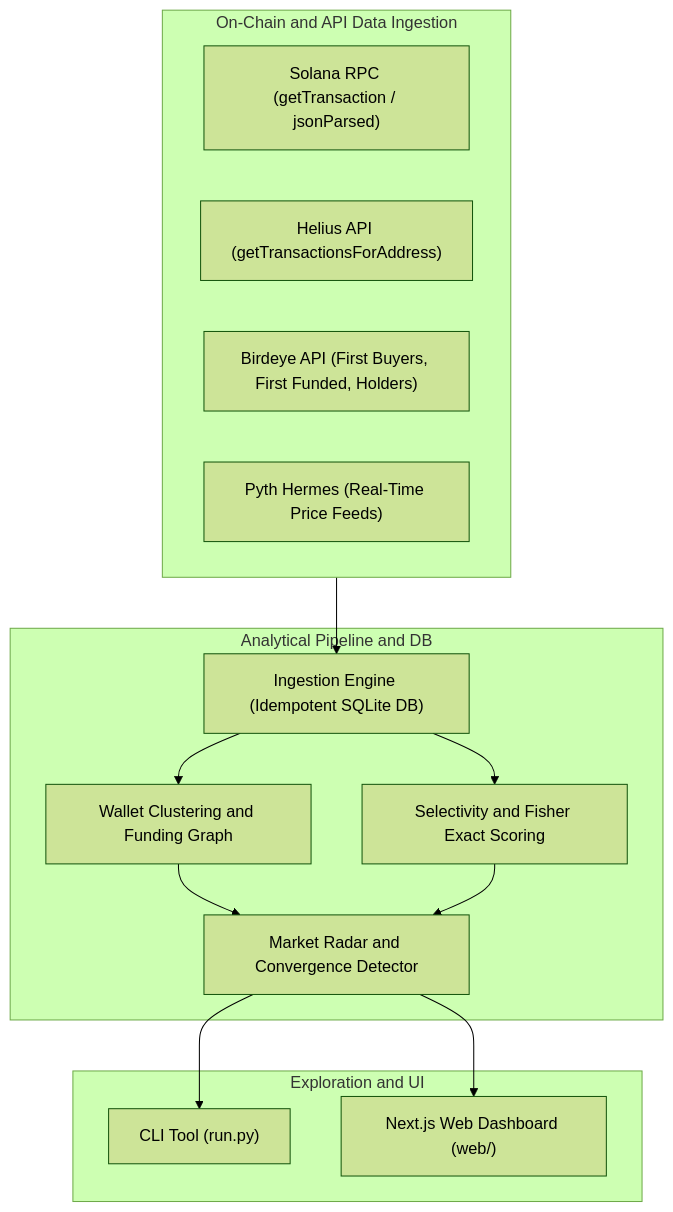
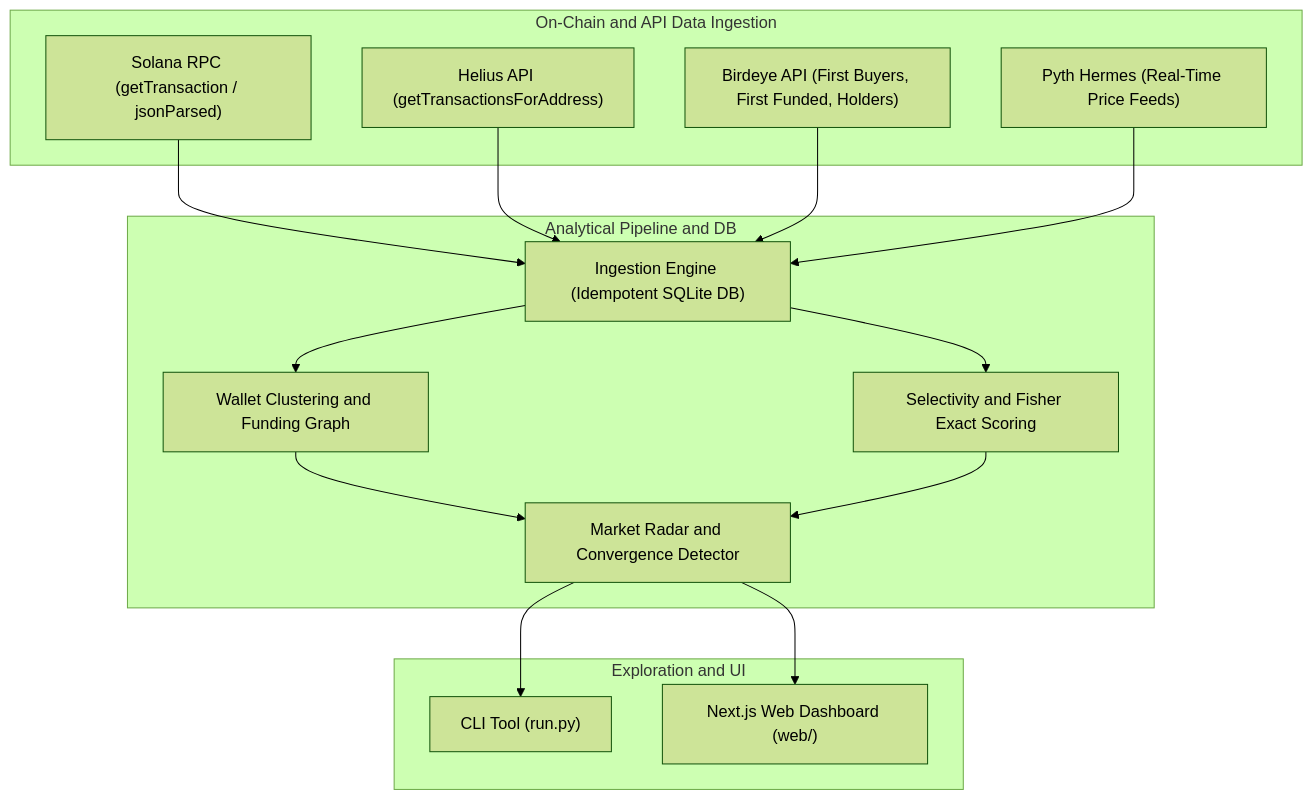
One commit to Lukecele/meme-intelligence-onchain changed the diagram in README.md. Above: the diagram before and after it, drawn with Mermaid (forest theme).

Commit message:
docs(mermaid): fix subgraph-to-node edge syntax to prevent rich display error

````diff
--- a/README.md
+++ b/README.md
@@ -16,29 +16,32 @@
 ```mermaid
 flowchart TD
     subgraph DataSources["On-Chain and API Data Ingestion"]
         SolanaRPC["Solana RPC (getTransaction / jsonParsed)"]
         HeliusAPI["Helius API (getTransactionsForAddress)"]
         BirdeyeAPI["Birdeye API (First Buyers, First Funded, Holders)"]
         PythHermes["Pyth Hermes (Real-Time Price Feeds)"]
     end
 
     subgraph CoreEngine["Analytical Pipeline and DB"]
         IngestionEngine["Ingestion Engine (Idempotent SQLite DB)"]
         Clustering["Wallet Clustering and Funding Graph"]
         FisherScoring["Selectivity and Fisher Exact Scoring"]
         RadarEngine["Market Radar and Convergence Detector"]
     end
 
     subgraph Interfaces["Exploration and UI"]
         CLI["CLI Tool (run.py)"]
         NextWeb["Next.js Web Dashboard (web/)"]
     end
 
-    DataSources --> IngestionEngine
+    SolanaRPC --> IngestionEngine
+    HeliusAPI --> IngestionEngine
+    BirdeyeAPI --> IngestionEngine
+    PythHermes --> IngestionEngine
     IngestionEngine --> Clustering
     IngestionEngine --> FisherScoring
     Clustering --> RadarEngine
     FisherScoring --> RadarEngine
     RadarEngine --> CLI
     RadarEngine --> NextWeb
 ```
````
